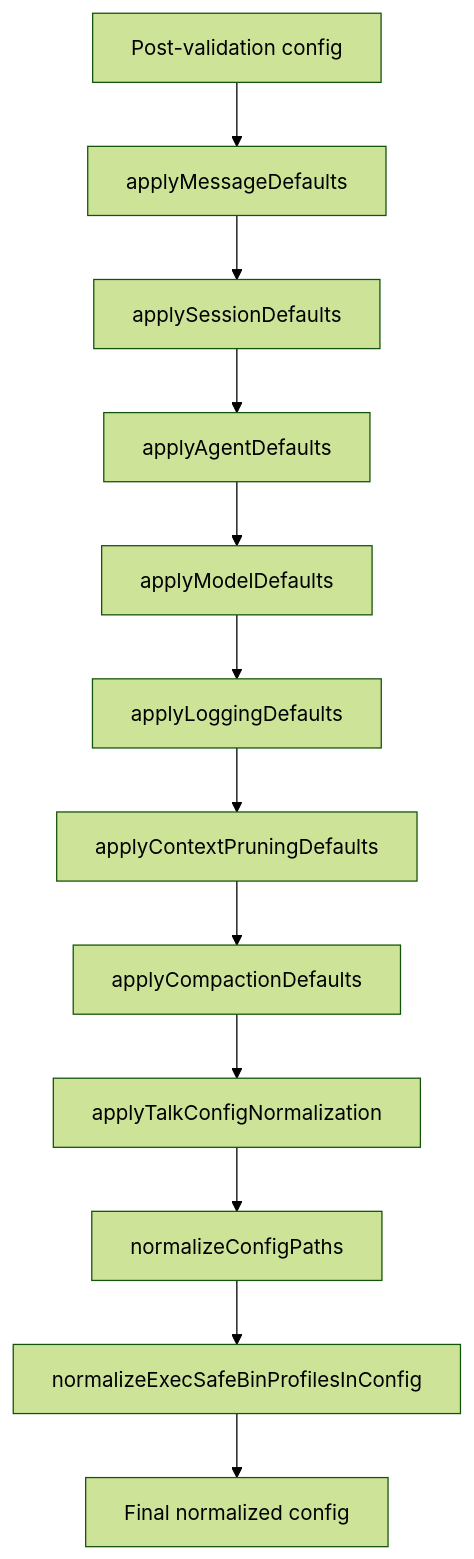
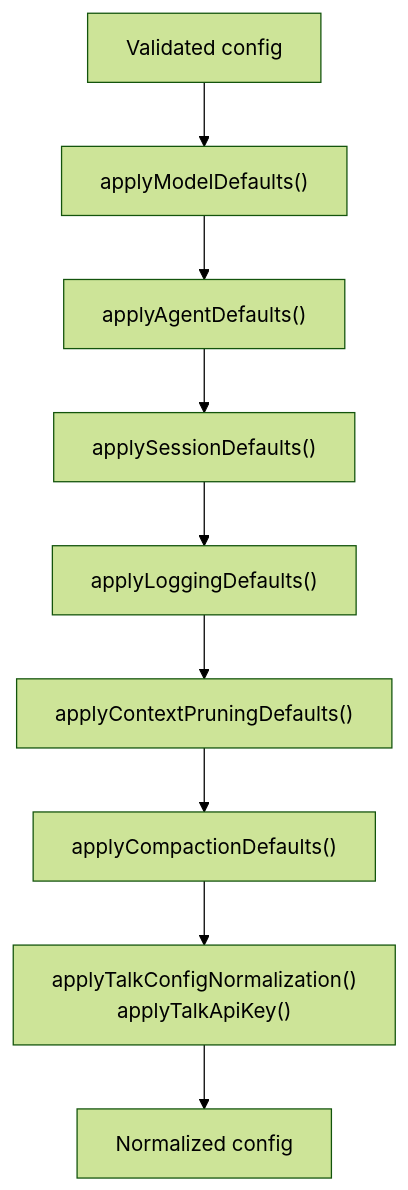
One commit to botx-work/OpenClaw-Internals changed the sixth of 10 diagrams in repowiki/en/content/Configuration Management/Configuration Architecture.md. Above: the diagram before and after it, drawn with Mermaid (forest theme). The commit also changed other lines of this file and 332 other files, not shown here.

````diff
--- a/repowiki/en/content/Configuration Management/Configuration Architecture.md
+++ b/repowiki/en/content/Configuration Management/Configuration Architecture.md
@@ -236,14 +241,11 @@
 ```mermaid
 flowchart TD
-N0["Post-validation config"] --> N1["applyMessageDefaults"]
-N1 --> N2["applySessionDefaults"]
-N2 --> N3["applyAgentDefaults"]
-N3 --> N4["applyModelDefaults"]
-N4 --> N5["applyLoggingDefaults"]
-N5 --> N6["applyContextPruningDefaults"]
-N6 --> N7["applyCompactionDefaults"]
-N7 --> N8["applyTalkConfigNormalization"]
-N8 --> N9["normalizeConfigPaths"]
-N9 --> N10["normalizeExecSafeBinProfilesInConfig"]
-N10 --> N11["Final normalized config"]
+Base["Validated config"] --> Models["applyModelDefaults()"]
+Models --> Agents["applyAgentDefaults()"]
+Agents --> Sessions["applySessionDefaults()"]
+Sessions --> Logging["applyLoggingDefaults()"]
+Logging --> Context["applyContextPruningDefaults()"]
+Context --> Compaction["applyCompactionDefaults()"]
+Compaction --> Talk["applyTalkConfigNormalization()<br/>applyTalkApiKey()"]
+Talk --> Final["Normalized config"]
 ```
````
